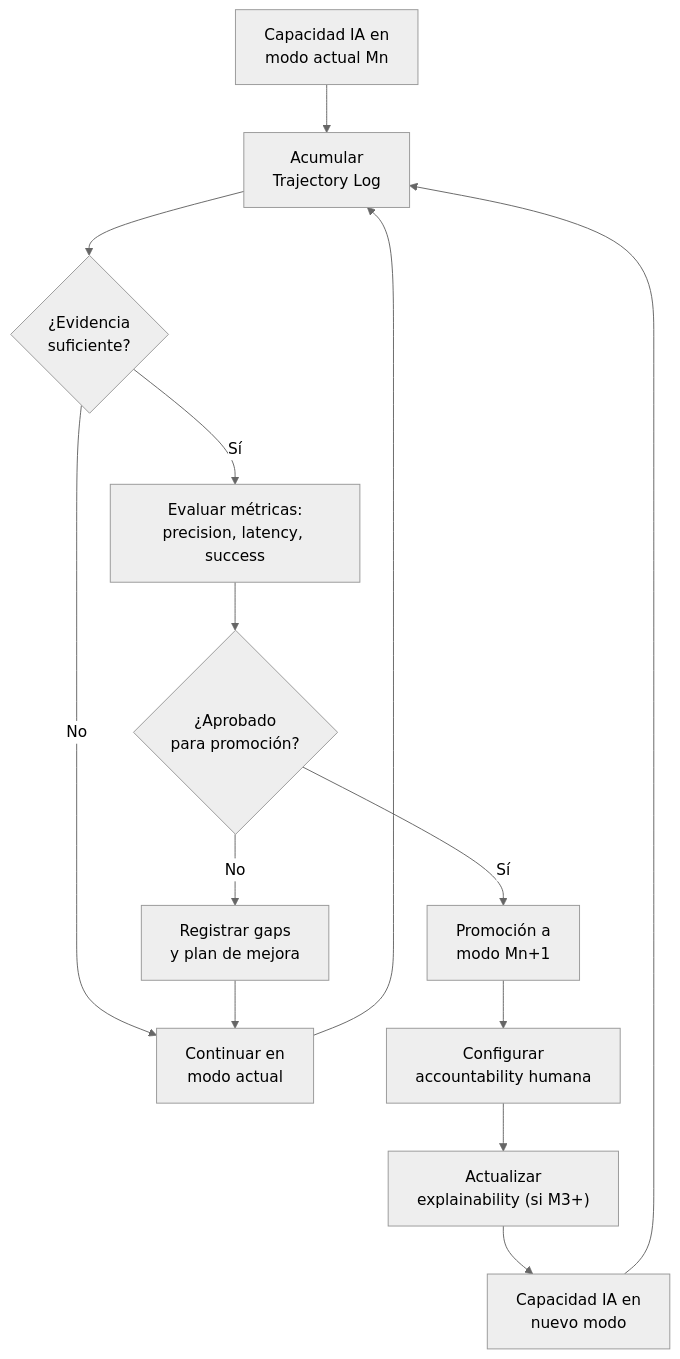
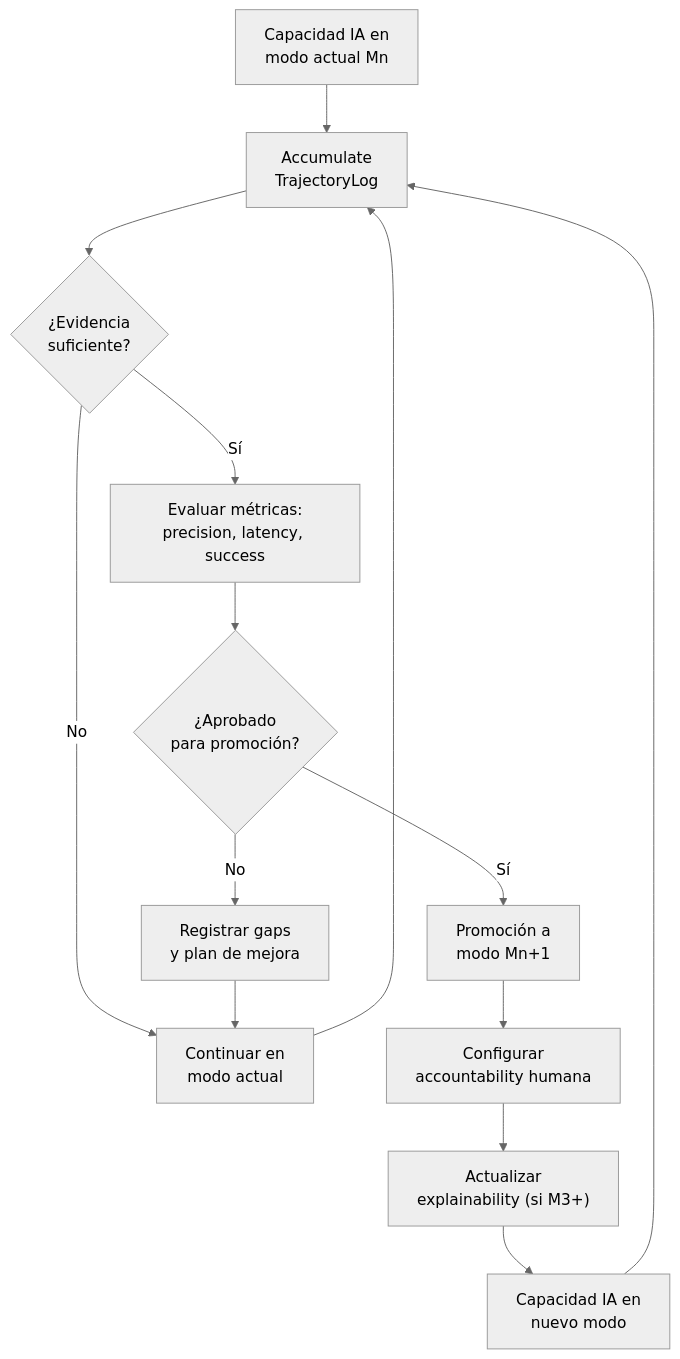
Before and after one commit to felix-antonio-sl/gore_os: the sixth of 8 diagrams in docs/blueprint/domains/domain_d-evol.md, drawn with Mermaid (neutral theme). The commit also changed other lines of this file and 26 other files, not shown here.

````diff
--- a/docs/blueprint/domains/domain_d-evol.md
+++ b/docs/blueprint/domains/domain_d-evol.md
@@ -327,16 +442,16 @@
 ```mermaid
 flowchart TD
-    A["Capacidad IA en<br/>modo actual Mn"] --> B["Acumular<br/>Trajectory Log"]
+    A["Capacidad IA en<br/>modo actual Mn"] --> B["Accumulate<br/>TrajectoryLog"]
     B --> C{"¿Evidencia<br/>suficiente?"}
     C -->|"No"| D["Continuar en<br/>modo actual"]
     D --> B
     C -->|"Sí"| E["Evaluar métricas:<br/>precision, latency, success"]
     E --> F{"¿Aprobado<br/>para promoción?"}
     F -->|"No"| G["Registrar gaps<br/>y plan de mejora"]
     G --> D
     F -->|"Sí"| H["Promoción a<br/>modo Mn+1"]
     H --> I["Configurar<br/>accountability humana"]
     I --> J["Actualizar<br/>explainability (si M3+)"]
     J --> K["Capacidad IA en<br/>nuevo modo"]
     K --> B
 ```
````
